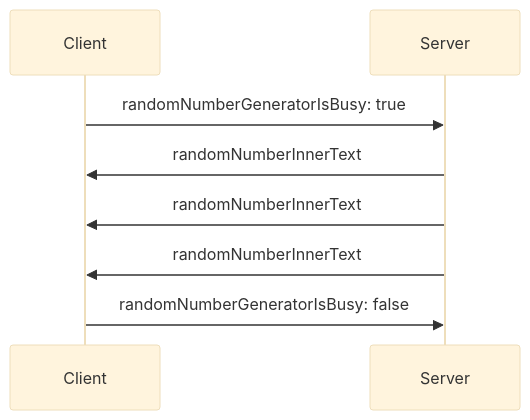
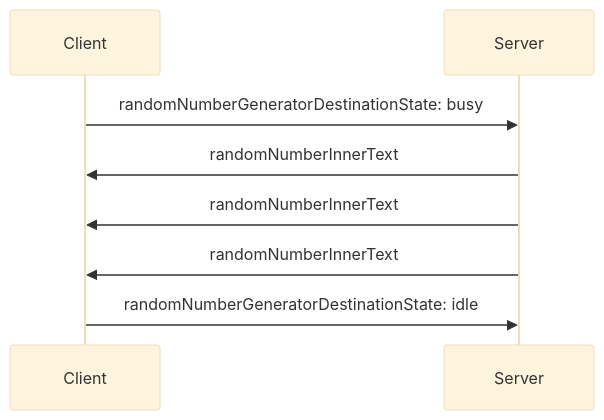
Before and after one commit to KaoruTaketani/DAQ-JS: the diagram in 12/README.md, drawn with Mermaid (base theme). The commit also changed other lines of this file and 140 other files, not shown here.

Commit message:
use destination state instead of using is busy

````diff
--- a/12/README.md
+++ b/12/README.md
@@ -33,8 +39,8 @@
 ```mermaid
 sequenceDiagram
-    Client->>Server: randomNumberGeneratorIsBusy: true
+    Client->>Server: randomNumberGeneratorDestinationState: busy
     Server->>Client: randomNumberInnerText
     Server->>Client: randomNumberInnerText
     Server->>Client: randomNumberInnerText
-    Client->>Server: randomNumberGeneratorIsBusy: false
+    Client->>Server: randomNumberGeneratorDestinationState: idle
 ```
````
